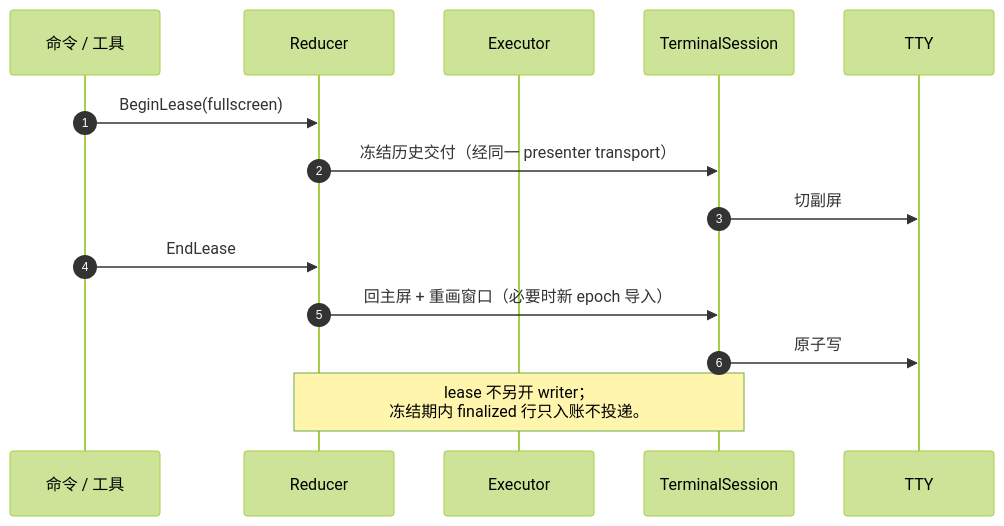
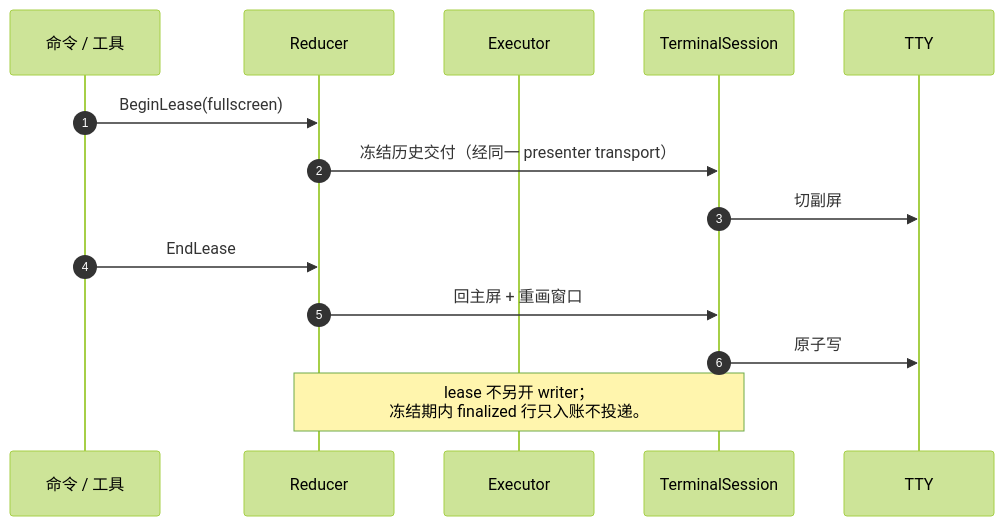
The eighth of 14 diagrams in docs/architecture/aicli-tui-renderer-architecture-design.md (wwsheng009/ai-agent-runtime), drawn with Mermaid (forest theme) before and after one commit. The commit also changed other lines of this file and 3 other files, not shown here.

Commit message:
docs(plan,architecture): A1-2c settle 定稿 + 六门槛删除面评估（§3.4/§3.6 对齐）

````diff
--- a/docs/architecture/aicli-tui-renderer-architecture-design.md
+++ b/docs/architecture/aicli-tui-renderer-architecture-design.md
@@ -395,17 +405,17 @@
 ```mermaid
 sequenceDiagram
     autonumber
     participant CMD as 命令 / 工具
     participant RD as Reducer
     participant EX as Executor
     participant TS as TerminalSession
     participant TTY as TTY
 
     CMD->>RD: BeginLease(fullscreen)
     RD->>TS: 冻结历史交付（经同一 presenter transport）
     TS->>TTY: 切副屏
     CMD->>RD: EndLease
-    RD->>TS: 回主屏 + 重画窗口（必要时新 epoch 导入）
+    RD->>TS: 回主屏 + 重画窗口
     TS->>TTY: 原子写
     Note over RD,TS: lease 不另开 writer；<br/>冻结期内 finalized 行只入账不投递。
 ```
````
